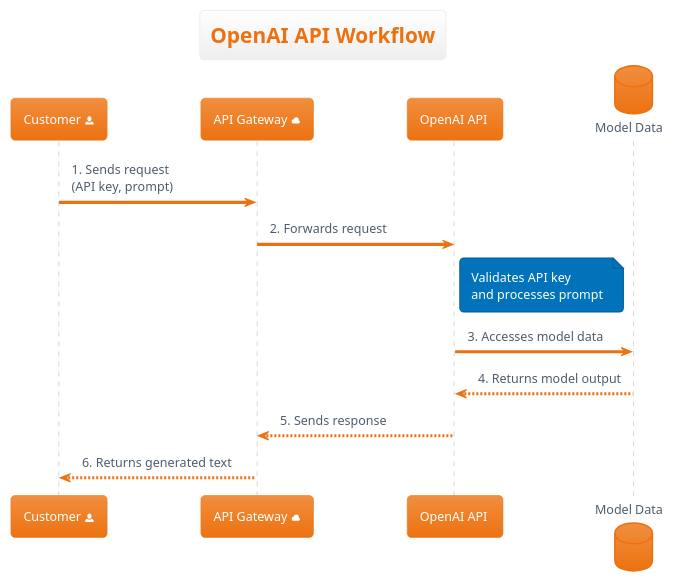
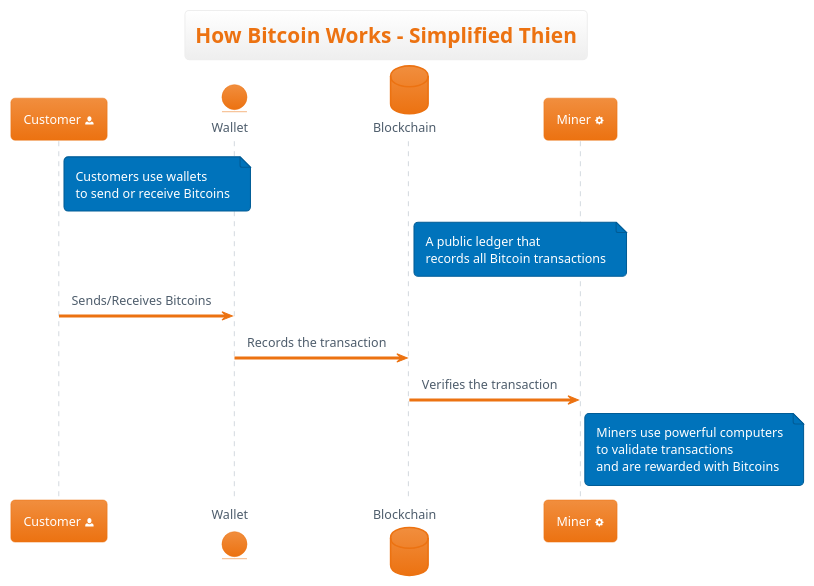
The diagram in diagrams/output.puml (GrandPurpleOcelot/prompt_to_diagram), drawn with PlantUML before and after one commit. The commit also changed 1 other file, not shown here.

```diff
--- a/diagrams/output.puml
+++ b/diagrams/output.puml
@@ -1,19 +1,19 @@
 @startuml
 !theme aws-orange
 
-title OpenAI API Workflow
+title How Bitcoin Works - Simplified Thien
 
-participant "Customer <&person>" as customer
-participant "API Gateway <&cloud>" as gateway
-participant "OpenAI API <&cogs>" as openai
-database "Model Data <&database>" as model
+participant "Customer <&person>" as Customer
+entity "Wallet <&wallet>" as Wallet
+database "Blockchain <&database>" as Blockchain
+participant "Miner <&cog>" as Miner
 
-customer -> gateway : 1. Sends request\n(API key, prompt)
-gateway -> openai : 2. Forwards request
-note right of openai : Validates API key\nand processes prompt
-openai -> model : 3. Accesses model data
-model --> openai : 4. Returns model output
-openai --> gateway : 5. Sends response
-gateway --> customer : 6. Returns generated text
+note right of Customer: Customers use wallets\nto send or receive Bitcoins
+note right of Blockchain: A public ledger that\nrecords all Bitcoin transactions
+
+Customer -> Wallet : Sends/Receives Bitcoins
+Wallet -> Blockchain : Records the transaction
+Blockchain -> Miner : Verifies the transaction
+note right of Miner: Miners use powerful computers\nto validate transactions\nand are rewarded with Bitcoins
 
 @enduml
```
